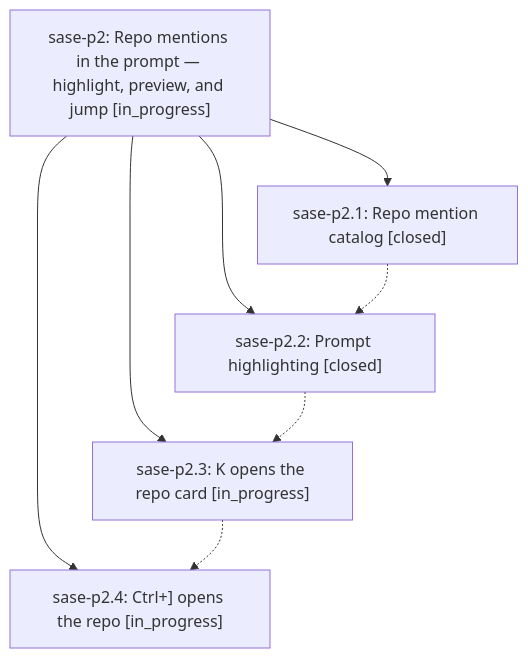
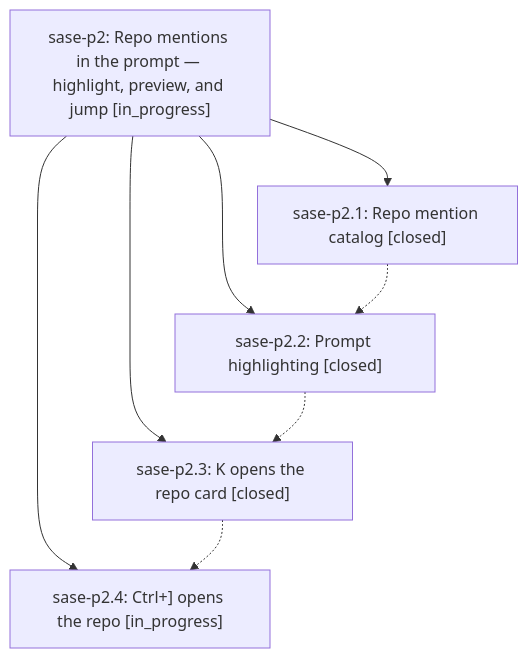
One commit to sase-org/sase--beads changed the diagram in pages/sase-p2/README.md. Above: the diagram before and after it, drawn with Mermaid. The commit also changed other lines of this file and 3 other files, not shown here.

````diff
--- a/pages/sase-p2/README.md
+++ b/pages/sase-p2/README.md
@@ -25,15 +35,15 @@
 ```mermaid
 flowchart TD
     n0["sase-p2: Repo mentions in the prompt — highlight, preview, and jump [in_progress]"]
     n1["sase-p2.1: Repo mention catalog [closed]"]
     n2["sase-p2.2: Prompt highlighting [closed]"]
-    n3["sase-p2.3: K opens the repo card [in_progress]"]
+    n3["sase-p2.3: K opens the repo card [closed]"]
     n4["sase-p2.4: Ctrl+] opens the repo [in_progress]"]
     n0 --> n1
     n0 --> n2
     n0 --> n3
     n0 --> n4
     n1 -.-> n2
     n2 -.-> n3
     n3 -.-> n4
 ```
````
